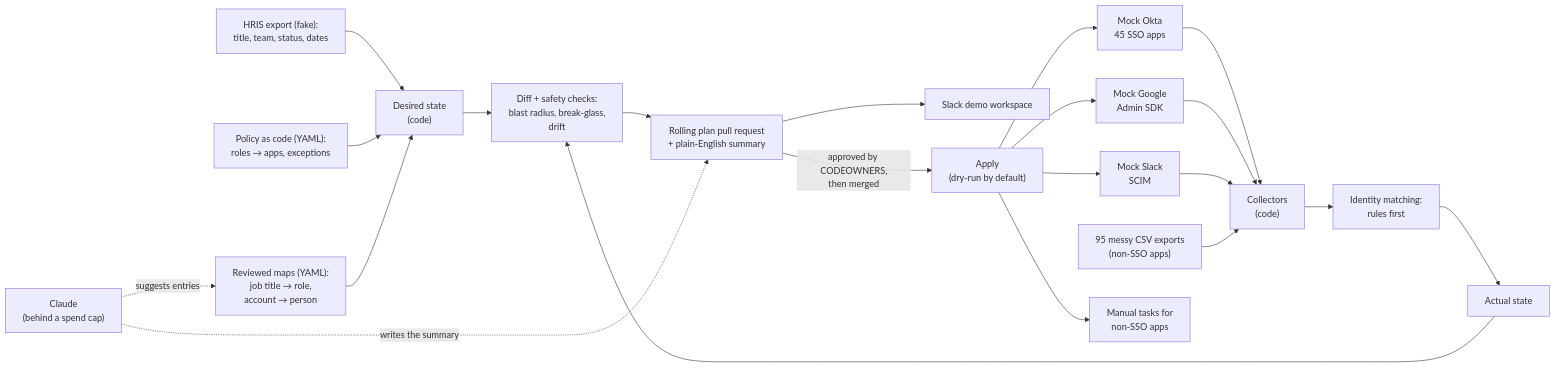
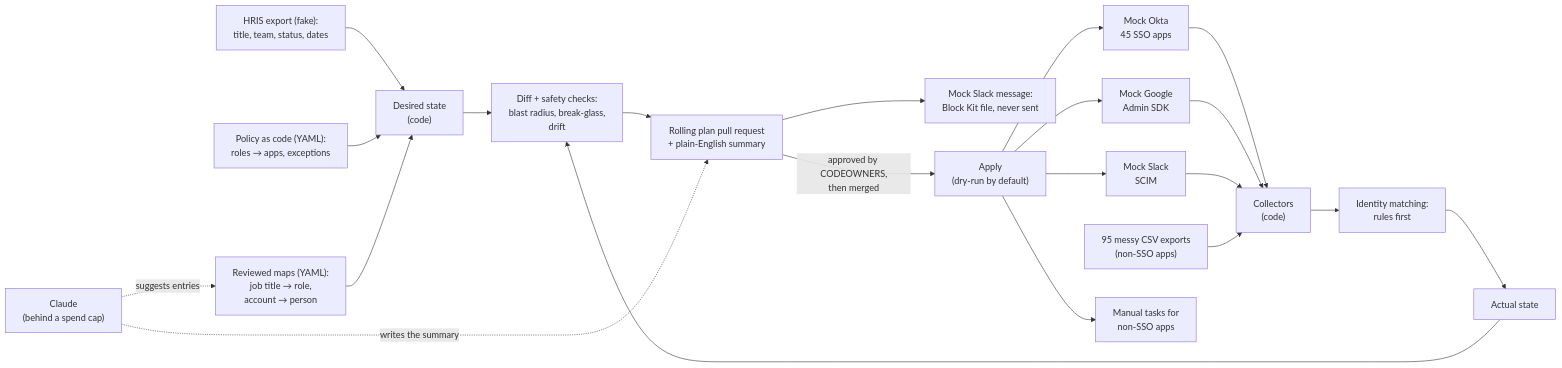
The diagram in access/BRIEF.md (kstarev/meridian-it-lab), drawn with Mermaid before and after one commit. The commit also changed other lines of this file and 8 other files, not shown here.

````diff
--- a/access/BRIEF.md
+++ b/access/BRIEF.md
@@ -19,23 +19,23 @@
 ```mermaid
 flowchart LR
   HRIS["HRIS export (fake):<br/>title, team, status, dates"] --> DES["Desired state<br/>(code)"]
   POL["Policy as code (YAML):<br/>roles → apps, exceptions"] --> DES
   MAPS["Reviewed maps (YAML):<br/>job title → role,<br/>account → person"] --> DES
   OKTA["Mock Okta<br/>45 SSO apps"] --> COL["Collectors<br/>(code)"]
   GOOG["Mock Google<br/>Admin SDK"] --> COL
   SLK["Mock Slack<br/>SCIM"] --> COL
   CSV["95 messy CSV exports<br/>(non-SSO apps)"] --> COL
   COL --> MATCH["Identity matching:<br/>rules first"]
   MATCH --> ACT["Actual state"]
   DES --> DIFF["Diff + safety checks:<br/>blast radius, break-glass,<br/>drift"]
   ACT --> DIFF
   DIFF --> PR["Rolling plan pull request<br/>+ plain-English summary"]
-  PR --> SLACK["Slack demo workspace"]
+  PR --> SLACK["Mock Slack message:<br/>Block Kit file, never sent"]
   PR -->|"approved by CODEOWNERS,<br/>then merged"| APPLY["Apply<br/>(dry-run by default)"]
   APPLY --> OKTA
   APPLY --> GOOG
   APPLY --> SLK
   APPLY --> TASKS["Manual tasks for<br/>non-SSO apps"]
   AI["Claude<br/>(behind a spend cap)"] -.->|"suggests entries"| MAPS
   AI -.->|"writes the summary"| PR
 ```
````
